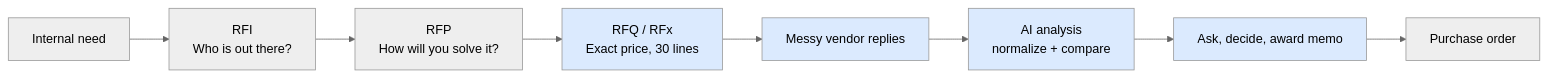
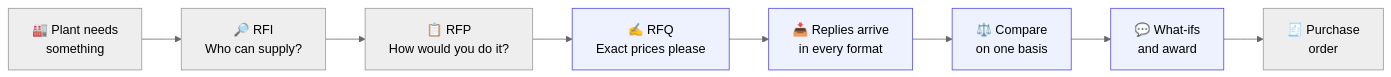
One commit to pavan-vepada/ProcureMind changed the diagram in docs/01-product-requirements.md. Above: the diagram before and after it, drawn with Mermaid (neutral theme). The commit also changed other lines of this file and 32 other files, not shown here.

First line of the commit message:
Product documentation, screenshots and diagrams

````diff
--- a/docs/01-product-requirements.md
+++ b/docs/01-product-requirements.md
@@ -27,14 +13,14 @@
 ```mermaid
 flowchart LR
-  A[Internal need] --> B[RFI<br/>Who is out there?]
-  B --> C[RFP<br/>How will you solve it?]
-  C --> D[RFQ / RFx<br/>Exact price, 30 lines]
-  D --> E[Messy vendor replies]
-  E --> F[AI analysis<br/>normalize + compare]
-  F --> G[Ask, decide, award memo]
-  G --> H[Purchase order]
-  style D fill:#dbeafe
-  style E fill:#dbeafe
-  style F fill:#dbeafe
-  style G fill:#dbeafe
+  A["🏭 Plant needs<br/>something"] --> B["🔎 RFI<br/>Who can supply?"]
+  B --> C["📋 RFP<br/>How would you do it?"]
+  C --> D["✍️ RFQ<br/>Exact prices please"]
+  D --> E["📥 Replies arrive<br/>in every format"]
+  E --> F["⚖️ Compare<br/>on one basis"]
+  F --> G["💬 What-ifs<br/>and award"]
+  G --> H["🧾 Purchase<br/>order"]
+  style D fill:#eef2ff,stroke:#4f46e5
+  style E fill:#eef2ff,stroke:#4f46e5
+  style F fill:#eef2ff,stroke:#4f46e5
+  style G fill:#eef2ff,stroke:#4f46e5
 ```
````
